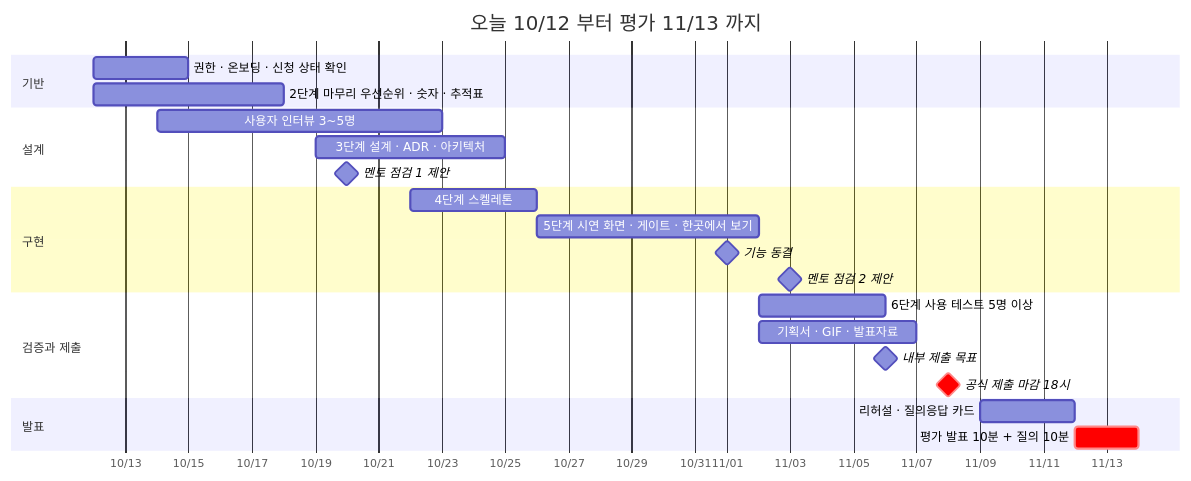
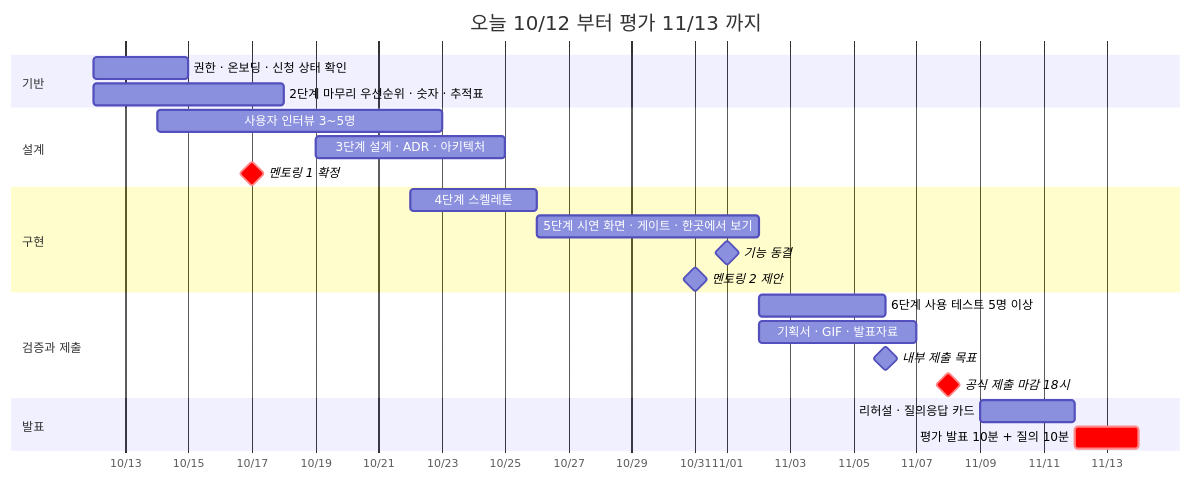
Before and after one commit to 2026-Codyssey-Final-Proj/Final-Proj: the diagram in docs/00-overview/schedule.md, drawn with Mermaid. The commit also changed other lines of this file and 2 other files, not shown here.

First line of the commit message:
docs: 멘토링 10/17 확정, 이재엽 역할(팀장·API 연동) 반영

````diff
--- a/docs/00-overview/schedule.md
+++ b/docs/00-overview/schedule.md
@@ -37,26 +37,26 @@
 ```mermaid
 gantt
     title 오늘 10/12 부터 평가 11/13 까지
     dateFormat YYYY-MM-DD
     axisFormat %m/%d
     section 기반
     권한 · 온보딩 · 신청 상태 확인 :a1, 2026-10-12, 3d
     2단계 마무리 우선순위 · 숫자 · 추적표 :a2, 2026-10-12, 6d
     section 설계
     사용자 인터뷰 3~5명 :b1, 2026-10-14, 9d
     3단계 설계 · ADR · 아키텍처 :b2, 2026-10-19, 6d
-    멘토 점검 1 제안 :milestone, m1, 2026-10-20, 0d
+    멘토링 1 확정 :crit, milestone, m1, 2026-10-17, 0d
     section 구현
     4단계 스켈레톤 :c1, 2026-10-22, 4d
     5단계 시연 화면 · 게이트 · 한곳에서 보기 :c2, 2026-10-26, 7d
     기능 동결 :milestone, f1, 2026-11-01, 0d
-    멘토 점검 2 제안 :milestone, m2, 2026-11-03, 0d
+    멘토링 2 제안 :milestone, m2, 2026-10-31, 0d
     section 검증과 제출
     6단계 사용 테스트 5명 이상 :d1, 2026-11-02, 4d
     기획서 · GIF · 발표자료 :d2, 2026-11-02, 5d
     내부 제출 목표 :milestone, i1, 2026-11-06, 0d
     공식 제출 마감 18시 :crit, milestone, s1, 2026-11-08, 0d
     section 발표
     리허설 · 질의응답 카드 :e1, 2026-11-09, 3d
     평가 발표 10분 + 질의 10분 :crit, e2, 2026-11-12, 2d
 ```
````
